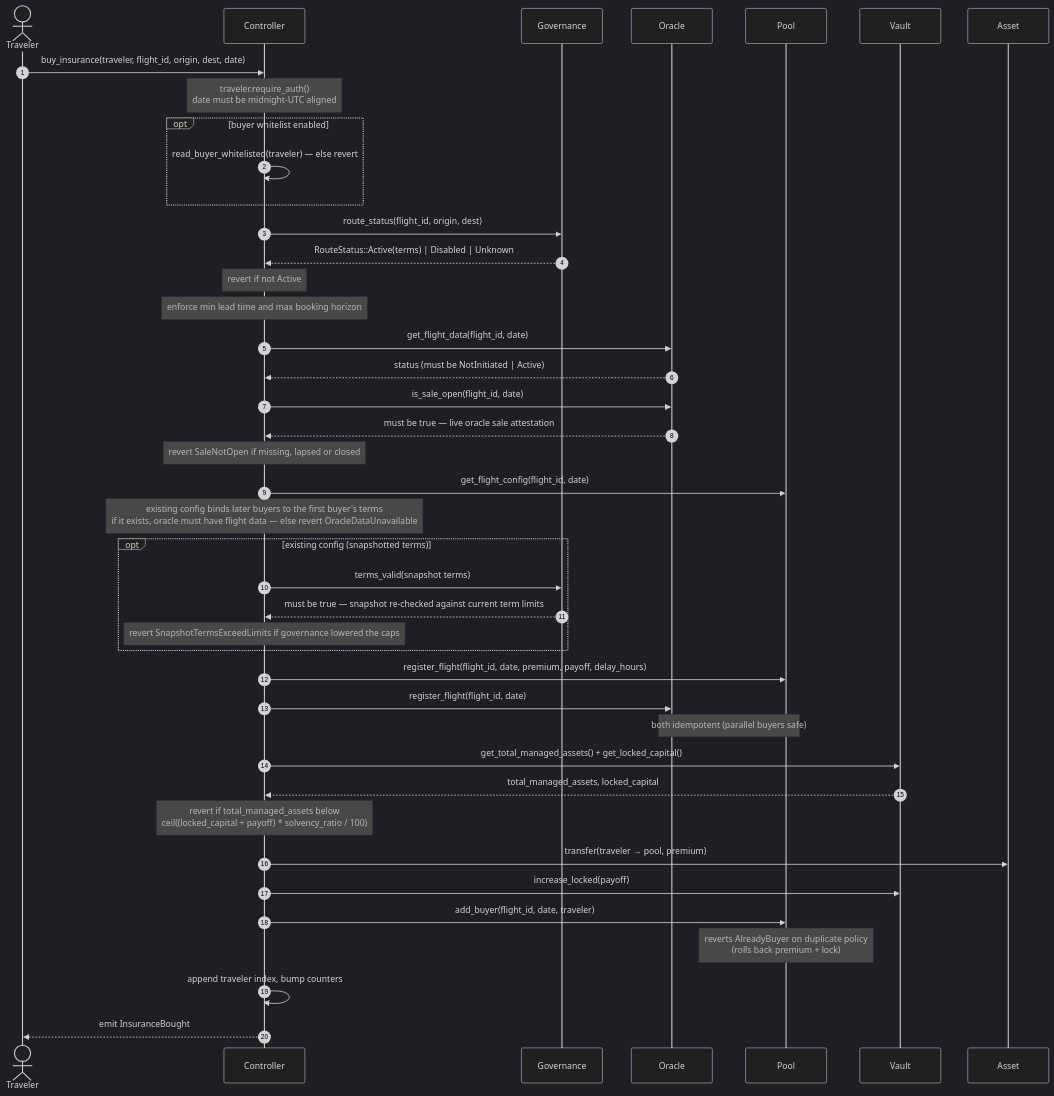
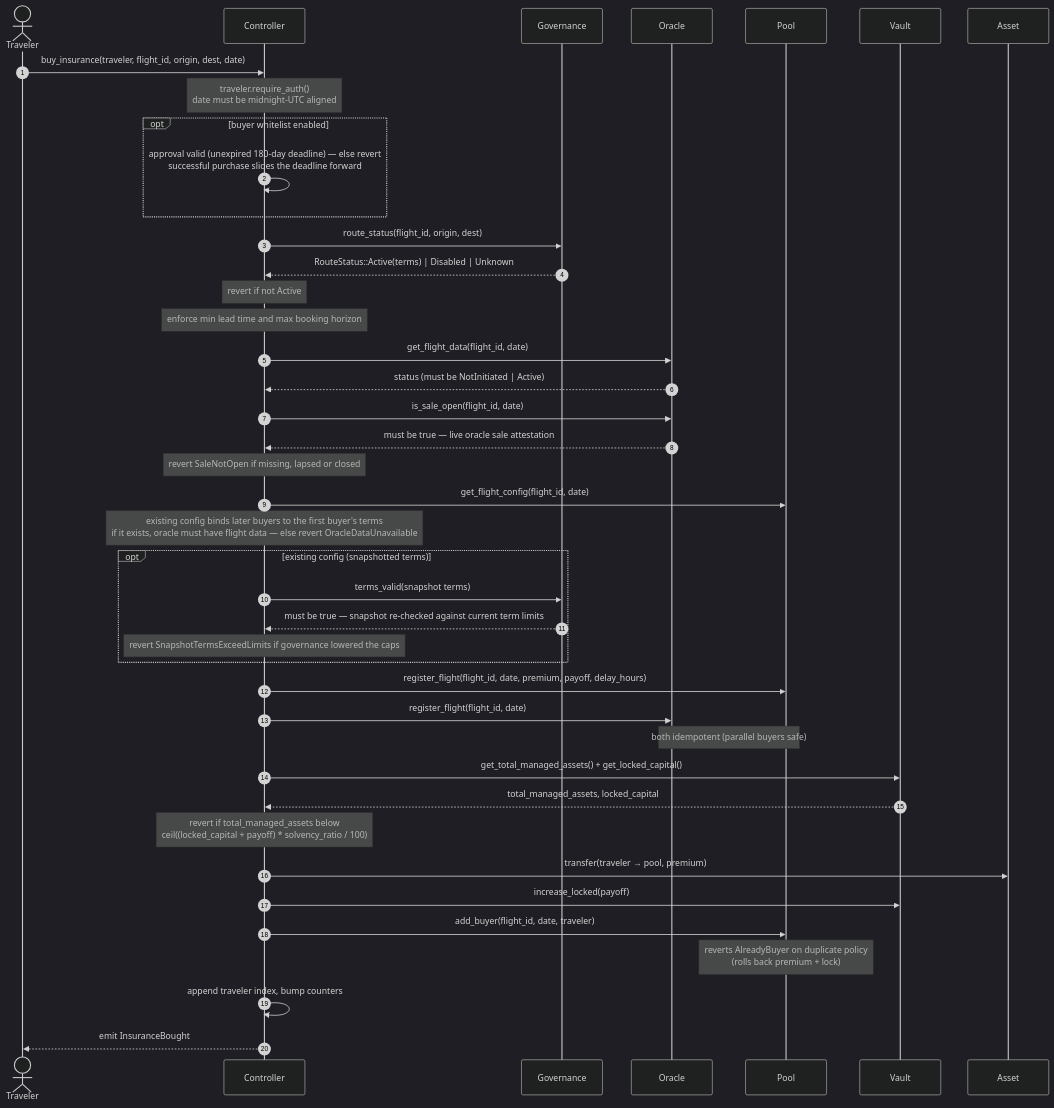
One commit to SentinelFi/sentinel_soroban_v3 changed the third of 6 diagrams in sequence_diagrams.md. Above: the diagram before and after it, drawn with Mermaid (dark theme). The commit also changed other lines of this file and 16 other files, not shown here.

Commit message:
Update docs, diagrams, readme, ci (#65)

````diff
--- a/sequence_diagrams.md
+++ b/sequence_diagrams.md
@@ -116,52 +116,52 @@
 ```mermaid
 sequenceDiagram
     autonumber
     actor Traveler
     participant Ctrl as Controller
     participant Gov as Governance
     participant Oracle as Oracle
     participant Pool as Pool
     participant Vault as Vault
     participant Asset as Asset
 
     Traveler->>Ctrl: buy_insurance(traveler, flight_id, origin, dest, date)
     Note over Ctrl: traveler.require_auth()<br/>date must be midnight-UTC aligned
     opt buyer whitelist enabled
-        Ctrl->>Ctrl: read_buyer_whitelisted(traveler) — else revert
+        Ctrl->>Ctrl: approval valid (unexpired 180-day deadline) — else revert<br/>successful purchase slides the deadline forward
     end
 
     Ctrl->>Gov: route_status(flight_id, origin, dest)
     Gov-->>Ctrl: RouteStatus::Active(terms) | Disabled | Unknown
     Note over Ctrl: revert if not Active
 
     Note over Ctrl: enforce min lead time and max booking horizon
     Ctrl->>Oracle: get_flight_data(flight_id, date)
     Oracle-->>Ctrl: status (must be NotInitiated | Active)
     Ctrl->>Oracle: is_sale_open(flight_id, date)
     Oracle-->>Ctrl: must be true — live oracle sale attestation
     Note over Ctrl: revert SaleNotOpen if missing, lapsed or closed
 
     Ctrl->>Pool: get_flight_config(flight_id, date)
     Note over Ctrl: existing config binds later buyers to the first buyer's terms<br/>if it exists, oracle must have flight data — else revert OracleDataUnavailable
     opt existing config (snapshotted terms)
         Ctrl->>Gov: terms_valid(snapshot terms)
         Gov-->>Ctrl: must be true — snapshot re-checked against current term limits
         Note over Ctrl: revert SnapshotTermsExceedLimits if governance lowered the caps
     end
 
     Ctrl->>Pool: register_flight(flight_id, date, premium, payoff, delay_hours)
     Ctrl->>Oracle: register_flight(flight_id, date)
     Note over Pool,Oracle: both idempotent (parallel buyers safe)
 
     Ctrl->>Vault: get_total_managed_assets() + get_locked_capital()
     Vault-->>Ctrl: total_managed_assets, locked_capital
     Note over Ctrl: revert if total_managed_assets below<br/>ceil((locked_capital + payoff) * solvency_ratio / 100)
 
     Ctrl->>Asset: transfer(traveler → pool, premium)
     Ctrl->>Vault: increase_locked(payoff)
     Ctrl->>Pool: add_buyer(flight_id, date, traveler)
     Note over Pool: reverts AlreadyBuyer on duplicate policy<br/>(rolls back premium + lock)
 
     Ctrl->>Ctrl: append traveler index, bump counters
     Ctrl-->>Traveler: emit InsuranceBought
 ```
````
